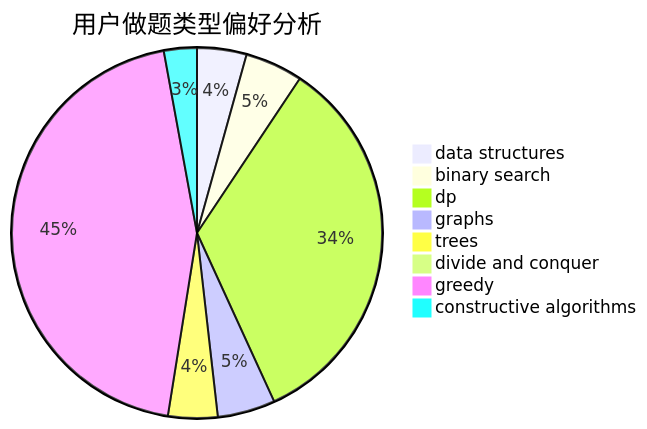
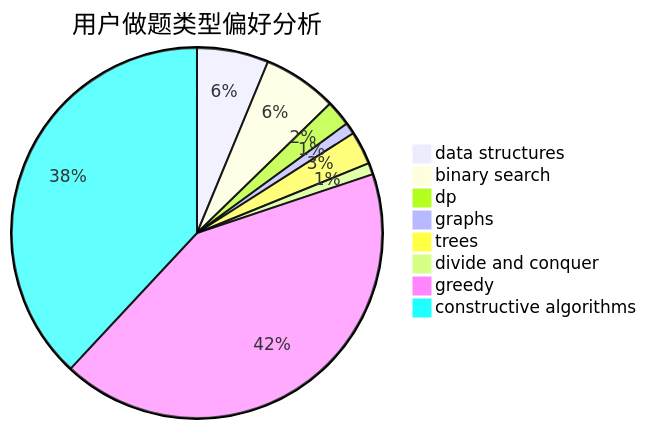
One commit to sherpahu/cfrs.github.io changed the second of 3 diagrams in docs/user/u485.md. Above: the diagram before and after it, drawn with Mermaid. The commit also changed other lines of this file and 2770 other files, not shown here.

````diff
--- a/docs/user/u485.md
+++ b/docs/user/u485.md
@@ -23,11 +23,11 @@
 ```mermaid
 pie title 用户做题类型偏好分析
-    "data structures" :  6
-    "binary search" :  7
-    "dp" :  47
-    "graphs" :  7
-    "trees" :  6
-    "divide and conquer" :  0
-    "greedy" :  62
-    "constructive algorithms" :  4
+    "data structures" :  56
+    "binary search" :  58
+    "dp" :  20
+    "graphs" :  9
+    "trees" :  26
+    "divide and conquer" :  9
+    "greedy" :  377
+    "constructive algorithms" :  341
 ```
````
